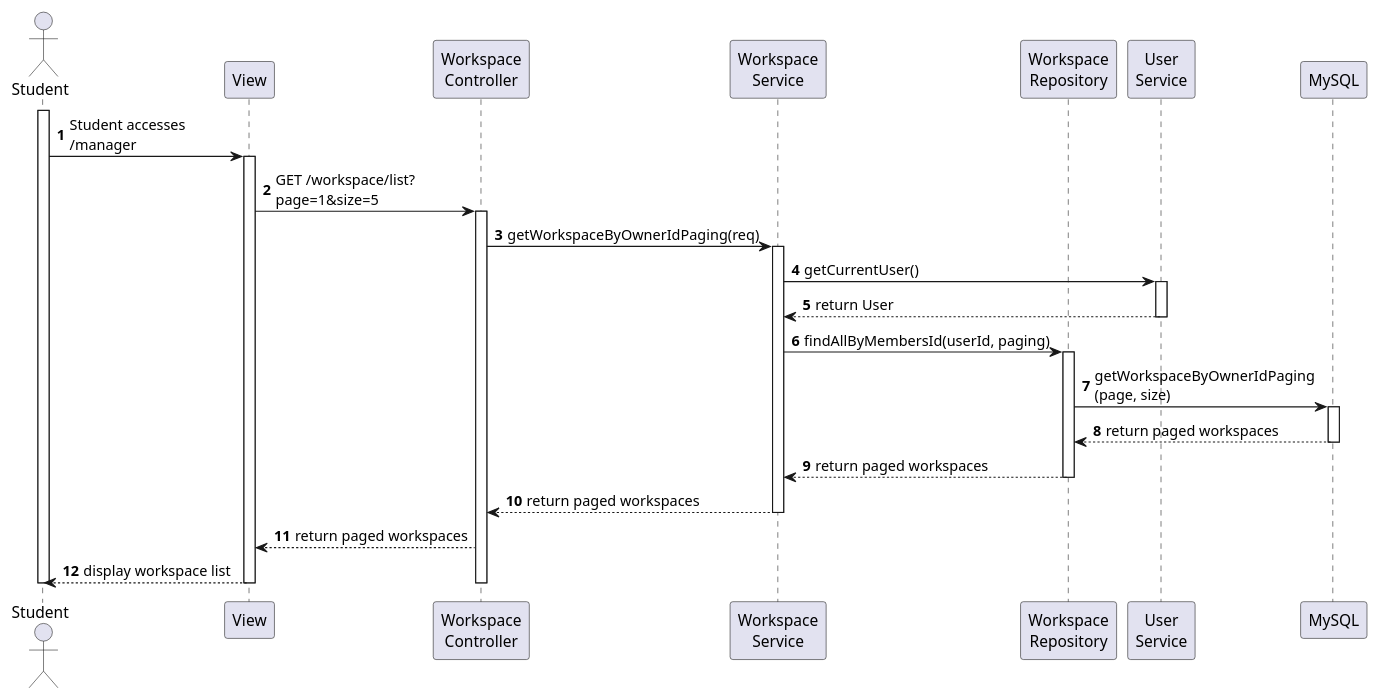
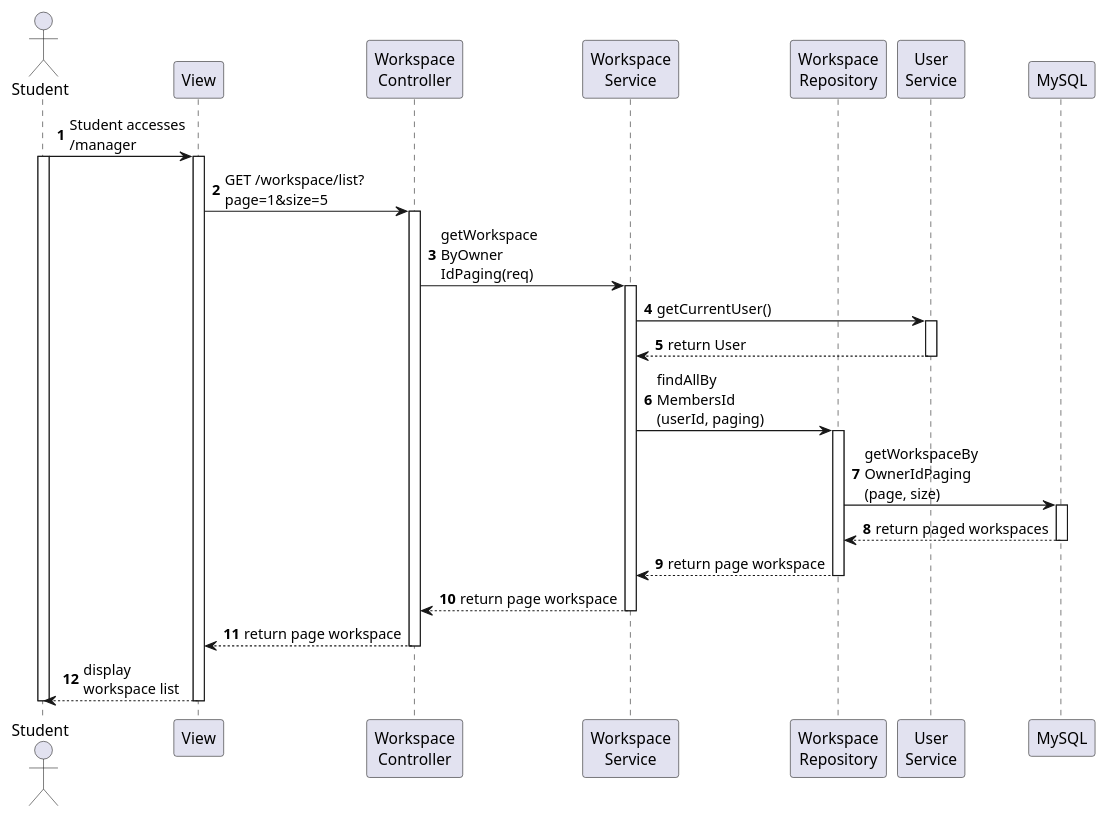
One commit to tandang2003/KLTN-Agile-Scrum-Tuan-Duc changed the diagram in swagger/sequence/student/workspace_view_joined.puml. Above: the diagram before and after it, drawn with PlantUML. The commit also changed 29 other files, not shown here.

Commit message:
add sequence

```diff
--- a/swagger/sequence/student/workspace_view_joined.puml
+++ b/swagger/sequence/student/workspace_view_joined.puml
@@ -1,45 +1,45 @@
 @startuml
 autonumber
 
 actor Student as SV
 participant "View" as View
 participant "Workspace\nController" as Controller
 participant "Workspace\nService" as Service
 participant "Workspace\nRepository" as Repo
 participant "User\nService" as UService
 participant "MySQL" as MySQL
 
+SV -> View : Student accesses\n/manager
 activate SV
-SV -> View : Student accesses\n/manager
 
 activate View
 View -> Controller : GET /workspace/list?\npage=1&size=5
 
 activate Controller
-Controller -> Service : getWorkspaceByOwnerIdPaging(req)
+Controller -> Service : getWorkspace\nByOwner\nIdPaging(req)
 
 activate Service
 Service -> UService : getCurrentUser()
 activate UService
 UService --> Service : return User
 deactivate UService
 
-Service -> Repo : findAllByMembersId(userId, paging)
+Service -> Repo : findAllBy\nMembersId\n(userId, paging)
 activate Repo
-Repo -> MySQL : getWorkspaceByOwnerIdPaging\n(page, size)
+Repo -> MySQL : getWorkspaceBy\nOwnerIdPaging\n(page, size)
 activate MySQL
 MySQL --> Repo : return paged workspaces
 deactivate MySQL
-Repo --> Service : return paged workspaces
+Repo --> Service : return page workspace
 deactivate Repo
 
-Service --> Controller : return paged workspaces
+Service --> Controller : return page workspace
 deactivate Service
 
-Controller --> View : return paged workspaces
-View --> SV : display workspace list
+Controller --> View : return page workspace
+deactivate Controller
+View --> SV : display \nworkspace list
 
-deactivate Controller
 deactivate View
 deactivate SV
 @enduml
```
